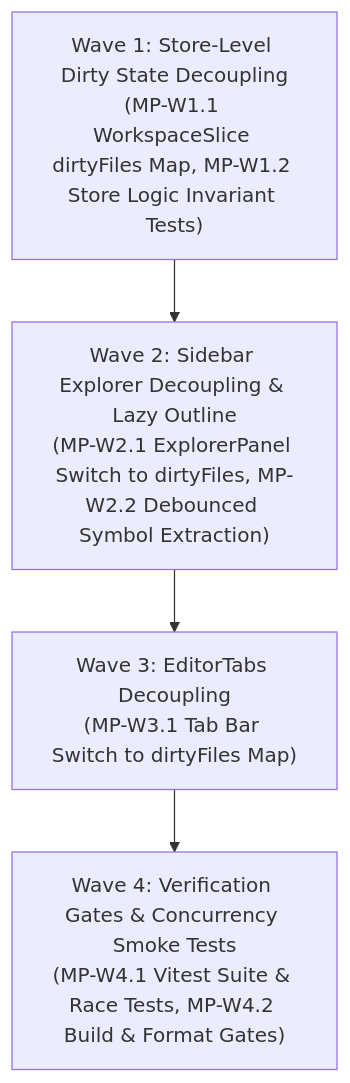
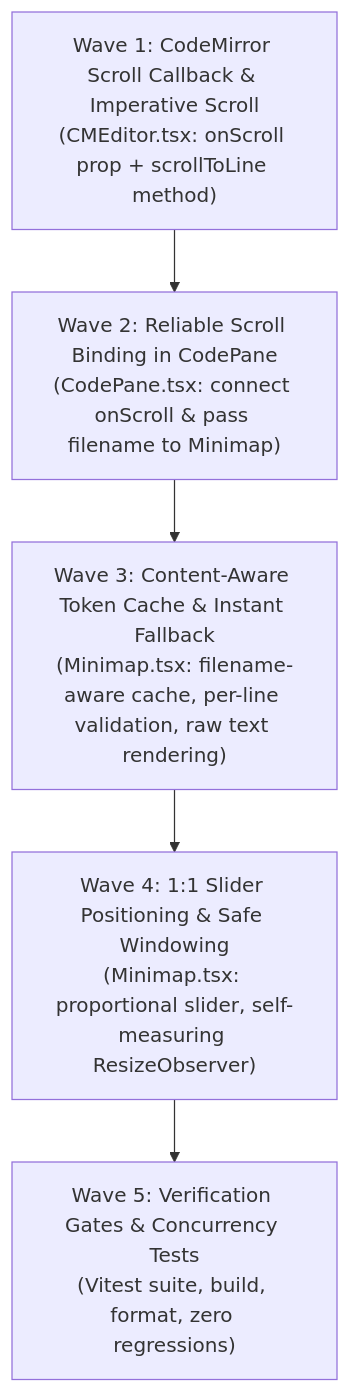
One commit to aditlab-code/AegisCode changed the diagram in task/0-Table-Phase.md. Above: the diagram before and after it, drawn with Mermaid. The commit also changed other lines of this file and 13 other files, not shown here.

First line of the commit message:
perf(editor): decouple async buffer updates and synchronize minimap rendering

````diff
--- a/task/0-Table-Phase.md
+++ b/task/0-Table-Phase.md
@@ -12,6 +12,7 @@
 ```mermaid
 flowchart TD
-    W1["Wave 1: Store-Level Dirty State Decoupling<br/>(MP-W1.1 WorkspaceSlice dirtyFiles Map, MP-W1.2 Store Logic Invariant Tests)"] --> W2["Wave 2: Sidebar Explorer Decoupling & Lazy Outline<br/>(MP-W2.1 ExplorerPanel Switch to dirtyFiles, MP-W2.2 Debounced Symbol Extraction)"]
-    W2 --> W3["Wave 3: EditorTabs Decoupling<br/>(MP-W3.1 Tab Bar Switch to dirtyFiles Map)"]
-    W3 --> W4["Wave 4: Verification Gates & Concurrency Smoke Tests<br/>(MP-W4.1 Vitest Suite & Race Tests, MP-W4.2 Build & Format Gates)"]
+    W1["Wave 1: CodeMirror Scroll Callback & Imperative Scroll<br/>(CMEditor.tsx: onScroll prop + scrollToLine method)"] --> W2["Wave 2: Reliable Scroll Binding in CodePane<br/>(CodePane.tsx: connect onScroll & pass filename to Minimap)"]
+    W2 --> W3["Wave 3: Content-Aware Token Cache & Instant Fallback<br/>(Minimap.tsx: filename-aware cache, per-line validation, raw text rendering)"]
+    W3 --> W4["Wave 4: 1:1 Slider Positioning & Safe Windowing<br/>(Minimap.tsx: proportional slider, self-measuring ResizeObserver)"]
+    W4 --> W5["Wave 5: Verification Gates & Concurrency Tests<br/>(Vitest suite, build, format, zero regressions)"]
 ```
````
